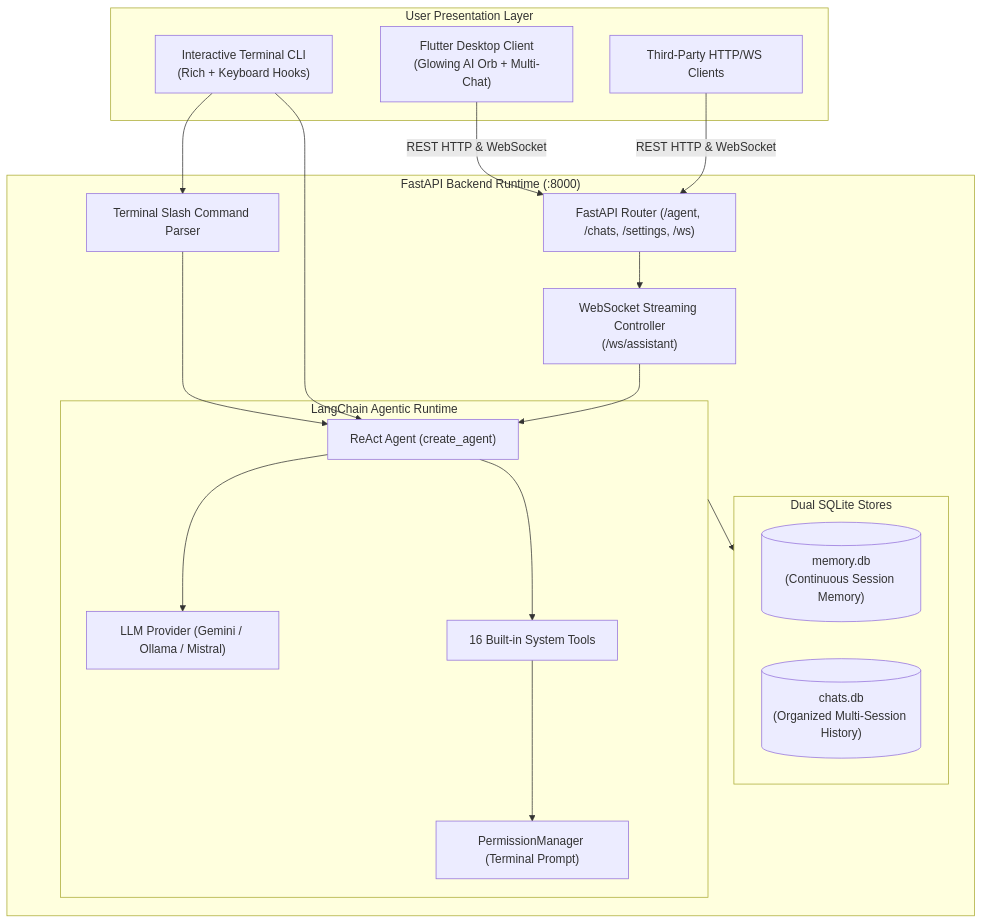
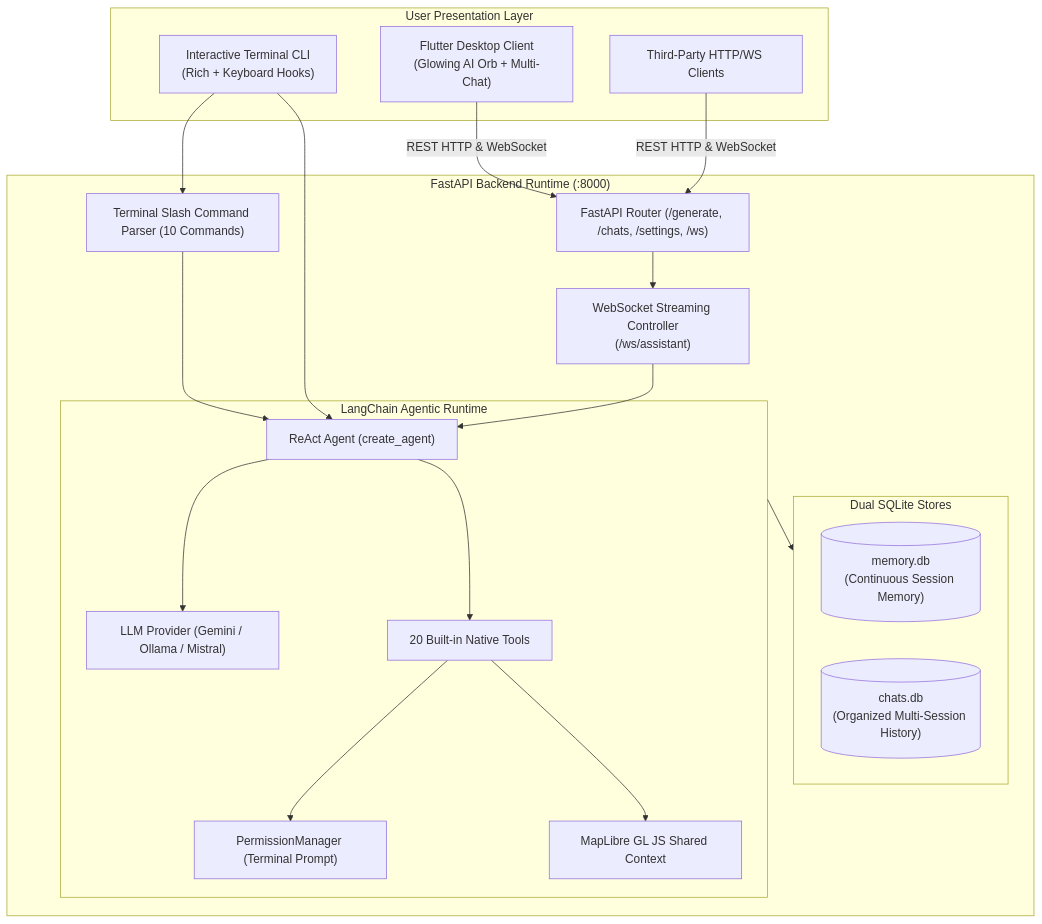
The diagram in README.md (AurionSoftwaresDev/Galaxy-AI-Agent), drawn with Mermaid before and after one commit. The commit also changed other lines of this file and 10 other files, not shown here.

````diff
--- a/README.md
+++ b/README.md
@@ -114,38 +118,40 @@
 ```mermaid
 flowchart TD
     subgraph Clients["User Presentation Layer"]
         Terminal["Interactive Terminal CLI<br/>(Rich + Keyboard Hooks)"]
         Flutter["Flutter Desktop Client<br/>(Glowing AI Orb + Multi-Chat)"]
         External["Third-Party HTTP/WS Clients"]
     end
 
     subgraph Server["FastAPI Backend Runtime (:8000)"]
-        Router["FastAPI Router (/agent, /chats, /settings, /ws)"]
+        Router["FastAPI Router (/generate, /chats, /settings, /ws)"]
         WSHandler["WebSocket Streaming Controller<br/>(/ws/assistant)"]
-        CLIParser["Terminal Slash Command Parser"]
+        CLIParser["Terminal Slash Command Parser (10 Commands)"]
 
         subgraph AgentEngine["LangChain Agentic Runtime"]
             Agent["ReAct Agent (create_agent)"]
             Provider["LLM Provider (Gemini / Ollama / Mistral)"]
-            Tools["16 Built-in System Tools"]
+            Tools["20 Built-in Native Tools"]
             PermMgr["PermissionManager (Terminal Prompt)"]
+            MapContext["MapLibre GL JS Shared Context"]
         end
 
         subgraph Storage["Dual SQLite Stores"]
             MemDB[("memory.db<br/>(Continuous Session Memory)")]
             ChatDB[("chats.db<br/>(Organized Multi-Session History)")]
         end
     end
 
     Terminal --> CLIParser
     Terminal --> Agent
     Flutter -->|REST HTTP & WebSocket| Router
     External -->|REST HTTP & WebSocket| Router
     Router --> WSHandler
     WSHandler --> Agent
     CLIParser --> Agent
     Agent --> Provider
     Agent --> Tools
     Tools --> PermMgr
+    Tools --> MapContext
     AgentEngine --> Storage
 ```
````
